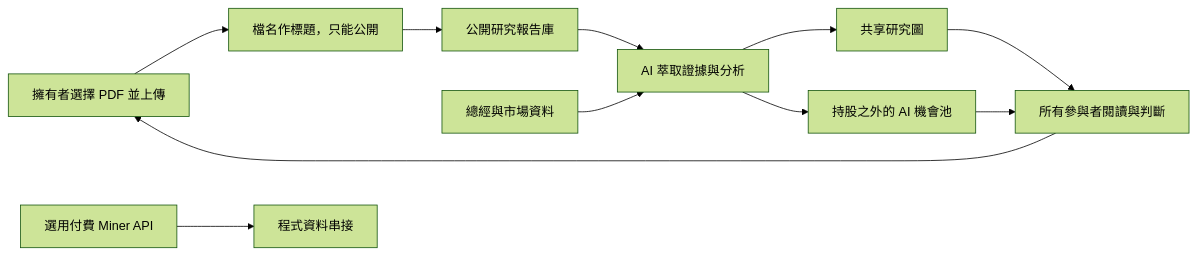
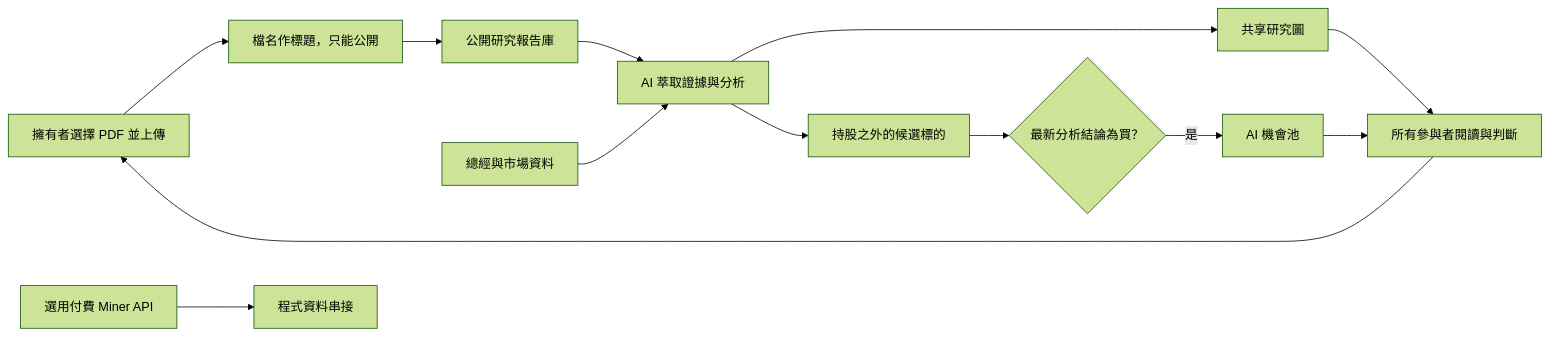
One commit to Vinskao/ty-multiverse changed the diagram in docs/COMMUNITY_RESEARCH_PLATFORM.md. Above: the diagram before and after it, drawn with Mermaid (forest theme). The commit also changed other lines of this file and 3 other files, not shown here.

````diff
--- a/docs/COMMUNITY_RESEARCH_PLATFORM.md
+++ b/docs/COMMUNITY_RESEARCH_PLATFORM.md
@@ -8,13 +8,15 @@
 ```mermaid
 flowchart LR
     Community[擁有者選擇 PDF 並上傳] --> Upload[檔名作標題，只能公開]
     Upload --> Library[公開研究報告庫]
     Library --> AI[AI 萃取證據與分析]
     Macro[總經與市場資料] --> AI
     AI --> Graph[共享研究圖]
-    AI --> Pool[持股之外的 AI 機會池]
+    AI --> Candidates[持股之外的候選標的]
+    Candidates --> Rating{最新分析結論為買？}
+    Rating -->|是| Pool[AI 機會池]
     Graph --> People[所有參與者閱讀與判斷]
     Pool --> People
     People --> Community
     Miner[選用付費 Miner API] --> Integration[程式資料串接]
 ```
````
